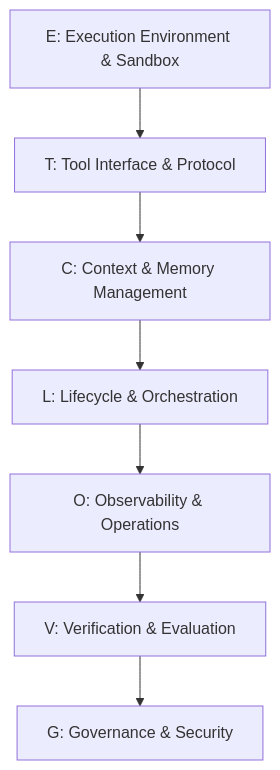
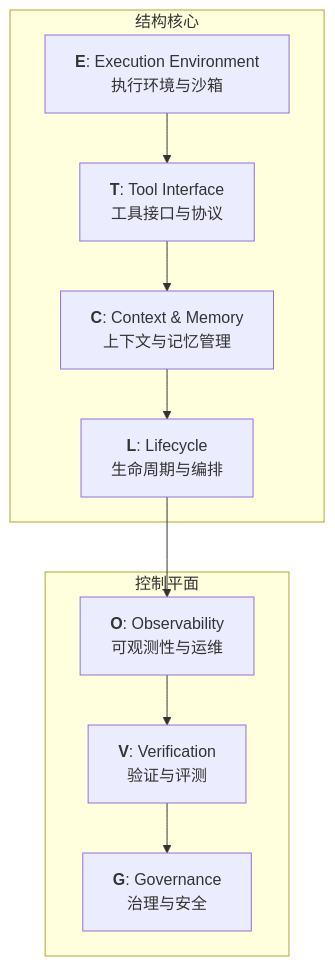
The third of 6 diagrams in content/30-Agent工程/2024-09-26-agent-harness-engineering-survey.md (tsukino-ai/notes), drawn with Mermaid before and after one commit. The commit also changed other lines of this file, not shown here.

````diff
--- a/content/30-Agent工程/2024-09-26-agent-harness-engineering-survey.md
+++ b/content/30-Agent工程/2024-09-26-agent-harness-engineering-survey.md
@@ -32,10 +93,18 @@
 ```mermaid
 graph TD
-    E[E: Execution Environment & Sandbox] --> T
-    T[T: Tool Interface & Protocol] --> C
-    C[C: Context & Memory Management] --> L
-    L[L: Lifecycle & Orchestration] --> O
-    O[O: Observability & Operations] --> V
-    V[V: Verification & Evaluation] --> G
-    G[G: Governance & Security]
+    subgraph "结构核心"
+        E["<b>E</b>: Execution Environment<br/>执行环境与沙箱"]
+        T["<b>T</b>: Tool Interface<br/>工具接口与协议"]
+        C["<b>C</b>: Context & Memory<br/>上下文与记忆管理"]
+        L["<b>L</b>: Lifecycle<br/>生命周期与编排"]
+    end
+    
+    subgraph "控制平面"
+        O["<b>O</b>: Observability<br/>可观测性与运维"]
+        V["<b>V</b>: Verification<br/>验证与评测"]
+        G["<b>G</b>: Governance<br/>治理与安全"]
+    end
+    
+    E --> T --> C --> L
+    L --> O --> V --> G
 ```
````
